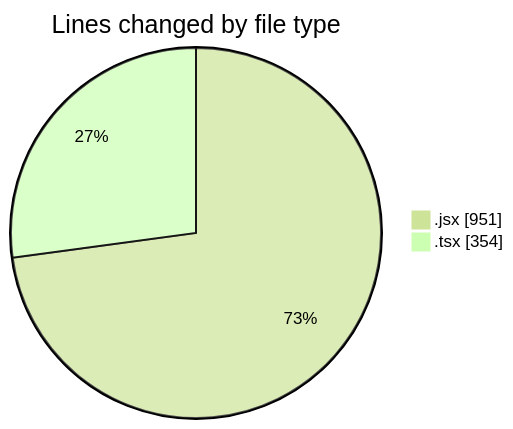
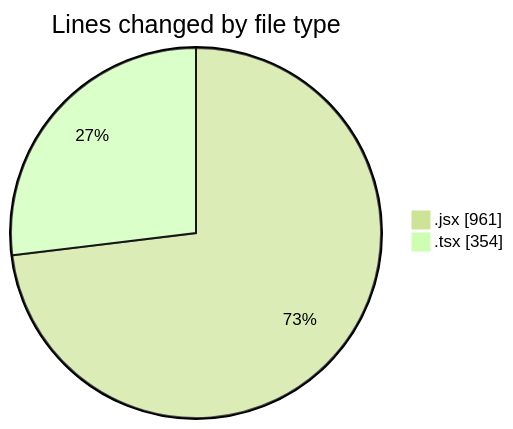
Before and after one commit to momahboobian/code-tracking: the first of 2 diagrams in 2026-02-16/cda/README.md, drawn with Mermaid (forest theme). The commit also changed other lines of this file and 1 other file, not shown here.

````diff
--- a/2026-02-16/cda/README.md
+++ b/2026-02-16/cda/README.md
@@ -25,6 +25,6 @@
 ```mermaid
 pie showData
 title Lines changed by file type
-".jsx" : 951
+".jsx" : 961
 ".tsx" : 354
 ```
````
